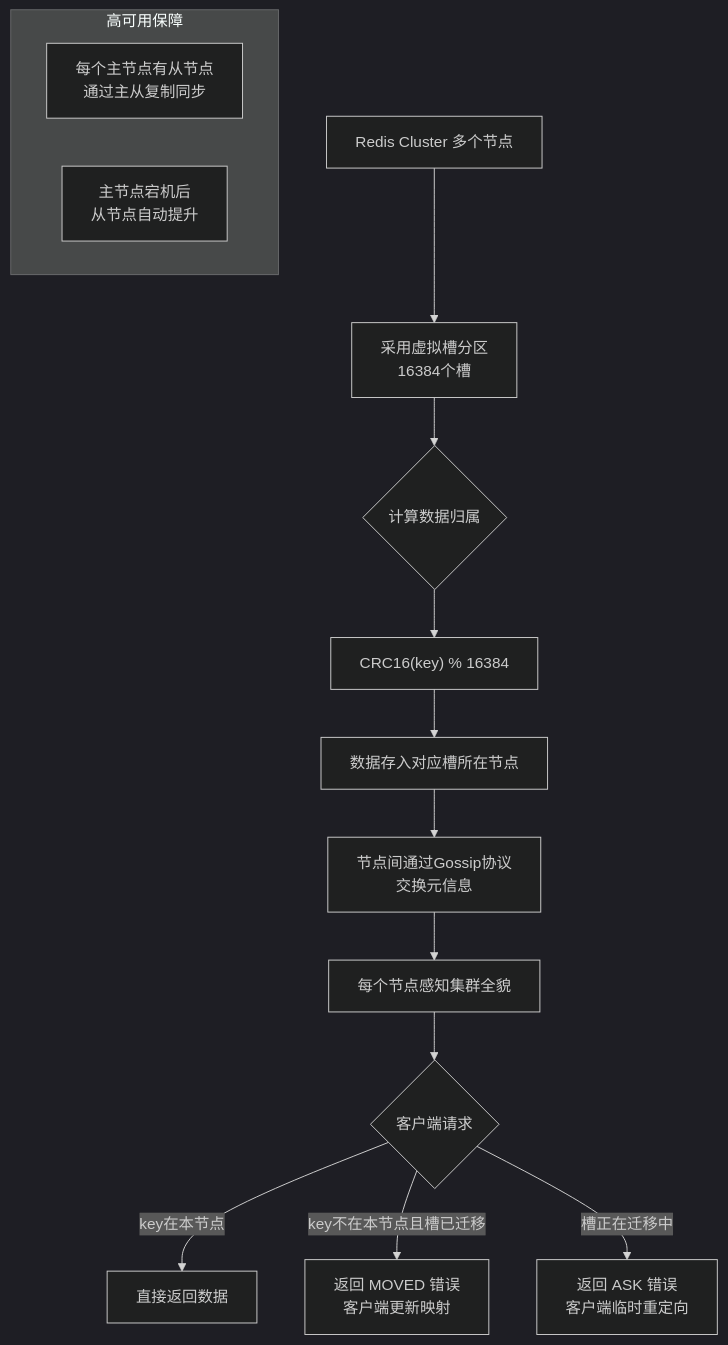
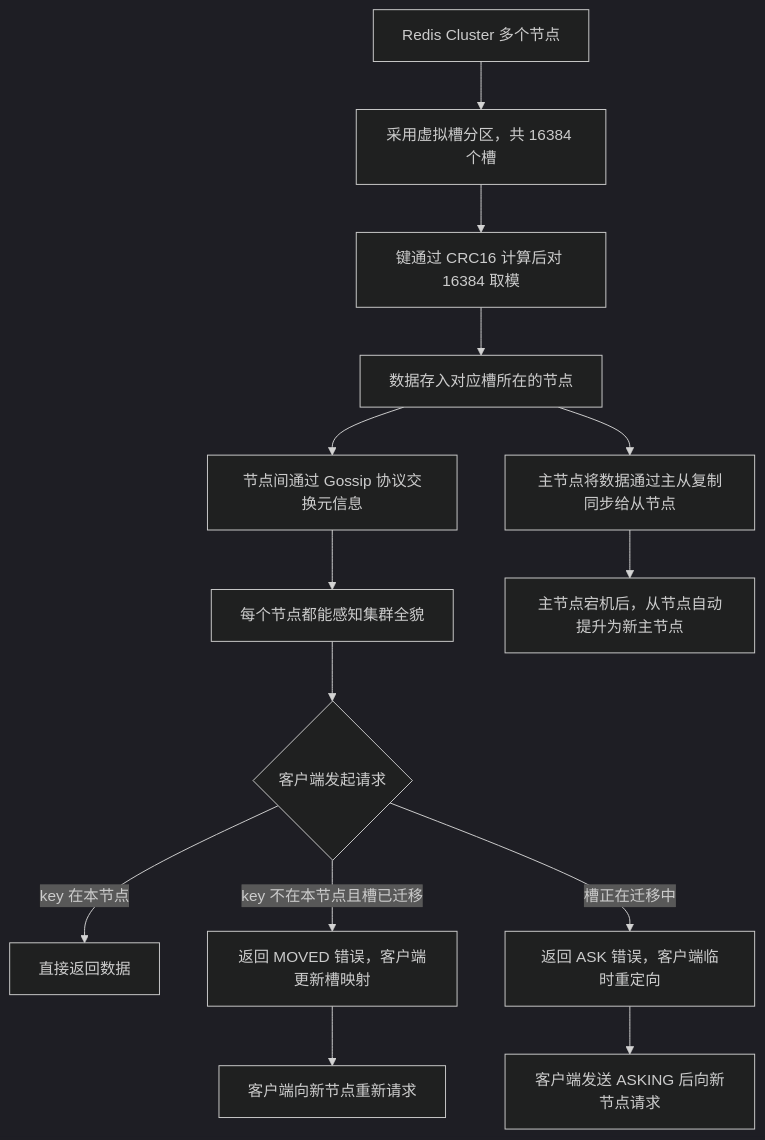
The third of 3 diagrams in src/content/posts/redis-cluster-baguwen.md (Katrina55553/My-Blog), drawn with Mermaid (dark theme) before and after one commit.

Commit message:
fix: update Redis cluster interview note

````diff
--- a/src/content/posts/redis-cluster-baguwen.md
+++ b/src/content/posts/redis-cluster-baguwen.md
@@ -307,20 +307,21 @@
 ```mermaid
 flowchart TD
-    A[Redis Cluster 多个节点] --> B[采用虚拟槽分区<br>16384个槽]
-    B --> C{计算数据归属}
-    C --> D["CRC16(key) % 16384"]
-    D --> E[数据存入对应槽所在节点]
-    
-    E --> F[节点间通过Gossip协议<br>交换元信息]
-    F --> G[每个节点感知集群全貌]
-    
-    G --> H{客户端请求}
-    H -- key在本节点 --> I[直接返回数据]
-    H -- key不在本节点且槽已迁移 --> J[返回 MOVED 错误<br>客户端更新映射]
-    H -- 槽正在迁移中 --> K[返回 ASK 错误<br>客户端临时重定向]
-    
-    subgraph 高可用保障
-        L[每个主节点有从节点<br>通过主从复制同步]
-        M[主节点宕机后<br>从节点自动提升]
-    end
+    A[Redis Cluster 多个节点]
+    A --> B[采用虚拟槽分区，共 16384 个槽]
+    B --> C[键通过 CRC16 计算后对 16384 取模]
+    C --> D[数据存入对应槽所在的节点]
+
+    D --> E[节点间通过 Gossip 协议交换元信息]
+    E --> F[每个节点都能感知集群全貌]
+
+    F --> G{客户端发起请求}
+    G -- key 在本节点 --> H[直接返回数据]
+    G -- key 不在本节点且槽已迁移 --> I[返回 MOVED 错误，客户端更新槽映射]
+    G -- 槽正在迁移中 --> J[返回 ASK 错误，客户端临时重定向]
+
+    I --> K[客户端向新节点重新请求]
+    J --> L[客户端发送 ASKING 后向新节点请求]
+
+    D --> M[主节点将数据通过主从复制同步给从节点]
+    M --> N[主节点宕机后，从节点自动提升为新主节点]
 ```
````
